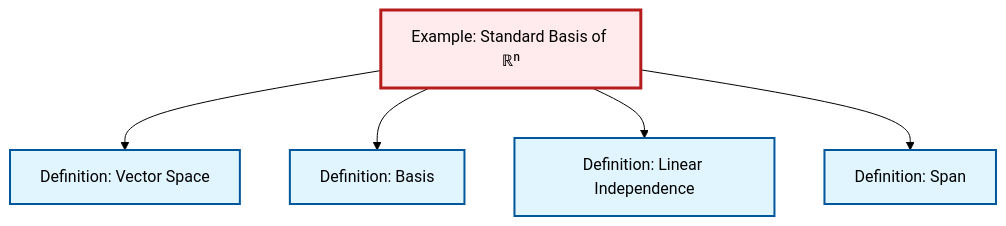
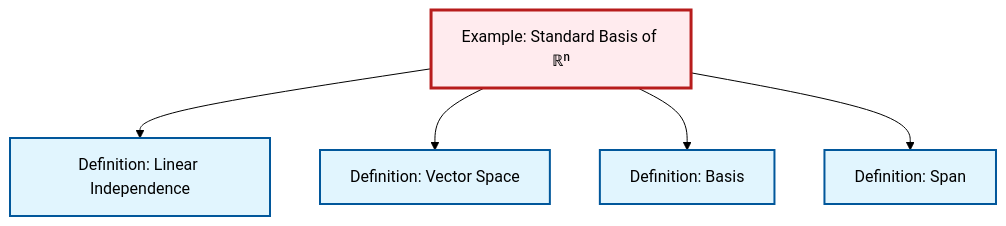
The diagram in content/ja/algebra/ex-standard-basis-rn.qmd (RK0429/ModernMath), drawn with Mermaid (forest theme) before and after one commit. The commit also changed other lines of this file and 417 other files, not shown here.

````diff
--- a/content/ja/algebra/ex-standard-basis-rn.qmd
+++ b/content/ja/algebra/ex-standard-basis-rn.qmd
@@ -63,23 +63,23 @@
 ```{mermaid}
 %%| fig-cap: "Local dependency graph"
 graph TD
     classDef definition fill:#e1f5fe,stroke:#01579b,stroke-width:2px
     classDef theorem fill:#f3e5f5,stroke:#4a148c,stroke-width:2px
     classDef axiom fill:#fff3e0,stroke:#e65100,stroke-width:2px
     classDef example fill:#e8f5e9,stroke:#1b5e20,stroke-width:2px
     classDef current fill:#ffebee,stroke:#b71c1c,stroke-width:3px
+    def-linear-independence["Definition: Linear Independence"]:::definition
+    def-vector-space["Definition: Vector Space"]:::definition
+    def-span["Definition: Span"]:::definition
     ex-standard-basis-rn["Example: Standard Basis of ℝⁿ"]:::example
     def-basis["Definition: Basis"]:::definition
-    def-linear-independence["Definition: Linear Independence"]:::definition
-    def-span["Definition: Span"]:::definition
-    def-vector-space["Definition: Vector Space"]:::definition
+    ex-standard-basis-rn --> def-linear-independence
     ex-standard-basis-rn --> def-vector-space
     ex-standard-basis-rn --> def-basis
-    ex-standard-basis-rn --> def-linear-independence
     ex-standard-basis-rn --> def-span
     class ex-standard-basis-rn current
+    click def-linear-independence "def-linear-independence.html" "Definition: Linear Independenceへ"
+    click def-vector-space "def-vector-space.html" "Definition: Vector Spaceへ"
+    click def-span "def-span.html" "Definition: Spanへ"
     click def-basis "def-basis.html" "Definition: Basisへ"
-    click def-linear-independence "def-linear-independence.html" "Definition: Linear Independenceへ"
-    click def-span "def-span.html" "Definition: Spanへ"
-    click def-vector-space "def-vector-space.html" "Definition: Vector Spaceへ"
 ```
````
